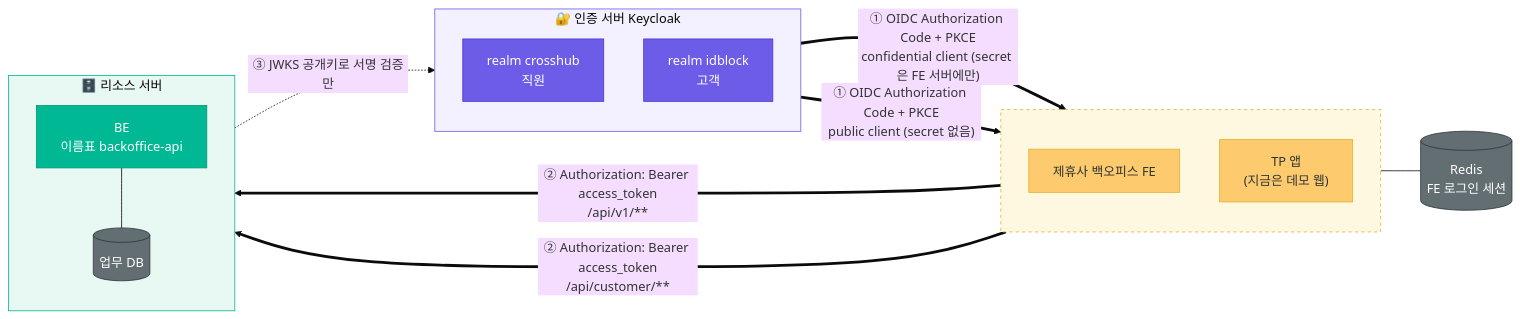
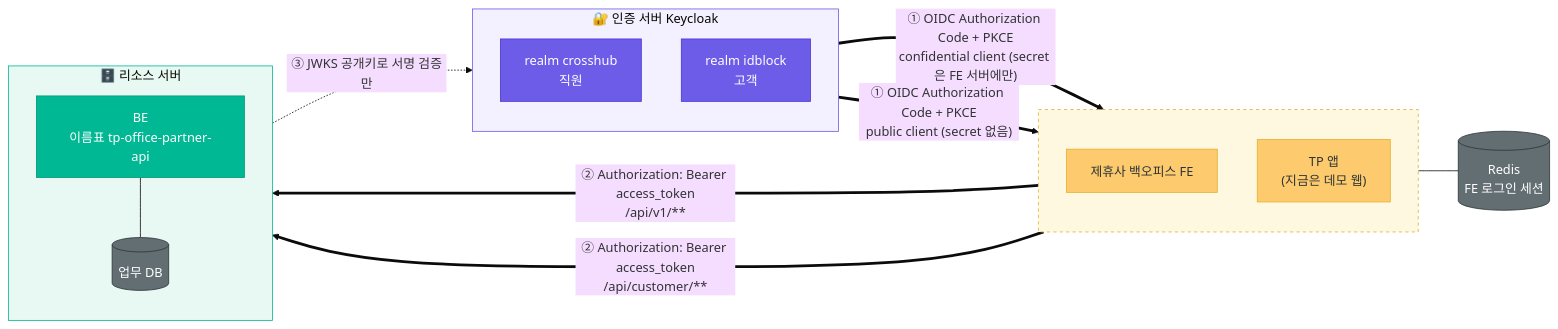
One commit to crosshub-poc-backoffice/travelpass-backoffice-BE changed the first of 4 diagrams in docs/architecture-overview.md. Above: the diagram before and after it, drawn with Mermaid (base theme). The commit also changed other lines of this file and 16 other files, not shown here.

First line of the commit message:
refactor: Keycloak client 이름을 tp-office-partner-* 로

````diff
--- a/docs/architecture-overview.md
+++ b/docs/architecture-overview.md
@@ -9,39 +9,39 @@
 ```mermaid
 flowchart LR
   subgraph KC["🔐 인증 서버 Keycloak"]
     direction TB
     R1["realm crosshub<br/>직원"]
     R2["realm idblock<br/>고객"]
   end
   subgraph C[" "]
     direction TB
     FE["제휴사 백오피스 FE"]
     APP["TP 앱<br/>(지금은 데모 웹)"]
   end
   REDIS[("Redis<br/>FE 로그인 세션")]
   subgraph RS["🗄️ 리소스 서버"]
     direction TB
-    BE["BE<br/>이름표 backoffice-api"]
+    BE["BE<br/>이름표 tp-office-partner-api"]
     DB[("업무 DB")]
   end
 
   R1 == "① OIDC Authorization Code + PKCE<br/>confidential client (secret 은 FE 서버에만)" ==> FE
   R2 == "① OIDC Authorization Code + PKCE<br/>public client (secret 없음)" ==> APP
   FE == "② Authorization: Bearer access_token<br/>/api/v1/**" ==> BE
   APP == "② Authorization: Bearer access_token<br/>/api/customer/**" ==> BE
   FE --- REDIS
   BE --- DB
   BE -. "③ JWKS 공개키로 서명 검증만" .-> KC
 
   classDef auth fill:#6C5CE7,stroke:#4834d4,color:#fff
   classDef app fill:#FDCB6E,stroke:#e1b12c,color:#2d3436
   classDef rs fill:#00B894,stroke:#019875,color:#fff
   classDef db fill:#636e72,stroke:#2d3436,color:#fff
   class R1,R2 auth
   class FE,APP app
   class BE rs
   class DB,REDIS db
   style C fill:#fff8e1,stroke:#e1b12c,stroke-dasharray:4
   style KC fill:#f3f0ff,stroke:#6C5CE7
   style RS fill:#e8f8f3,stroke:#00B894
 ```
````
